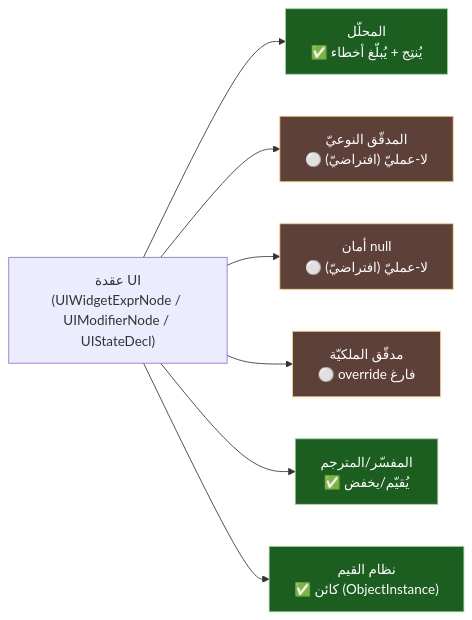
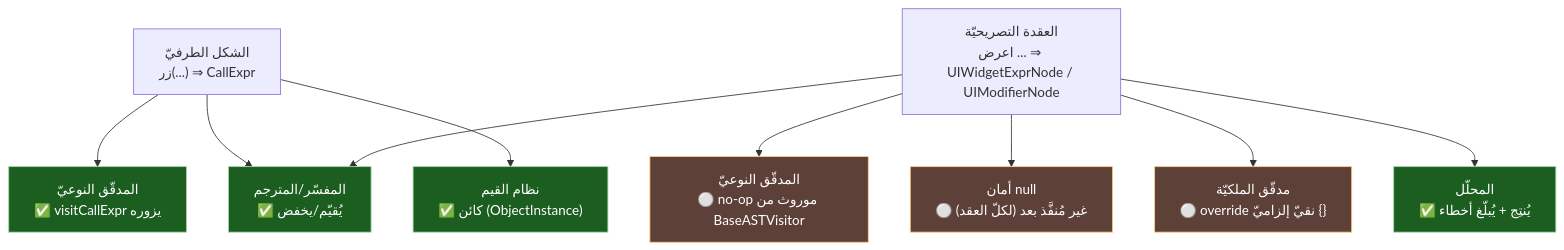
The fifth of 5 diagrams in projects/graphics-sadui/reports/تقرير-مسار-الكود-والالتزام.md (sadlang/sadlang-planning), drawn with Mermaid before and after one commit. The commit also changed other lines of this file, not shown here.

First line of the commit message:
graphics-sadui: مراجعة Amelia لتقرير مسار الكود — تصحيحات دقّة جوهريّة

````diff
--- a/projects/graphics-sadui/reports/تقرير-مسار-الكود-والالتزام.md
+++ b/projects/graphics-sadui/reports/تقرير-مسار-الكود-والالتزام.md
@@ -172,16 +182,19 @@
 ```mermaid
-flowchart LR
-    UINODE["عقدة UI\n(UIWidgetExprNode / UIModifierNode / UIStateDecl)"]
+flowchart TD
+    TERM["الشكل الطرفيّ\nزر(...) ⇒ CallExpr"]
+    DECL["العقدة التصريحيّة\nاعرض ... ⇒ UIWidgetExprNode / UIModifierNode"]
 
-    UINODE --> P["المحلّل\n✅ يُنتِج + يُبلّغ أخطاء"]
-    UINODE --> TC["المدقّق النوعيّ\n⚪ لا-عمليّ (افتراضيّ)"]
-    UINODE --> NS["أمان null\n⚪ لا-عمليّ (افتراضيّ)"]
-    UINODE --> BC["مدقّق الملكيّة\n⚪ override فارغ"]
-    UINODE --> EV["المفسّر/المترجم\n✅ يُقيّم/يخفض"]
-    UINODE --> RTV["نظام القيم\n✅ كائن (ObjectInstance)"]
+    TERM --> TCc["المدقّق النوعيّ\n✅ visitCallExpr يزوره"]
+    DECL --> TCd["المدقّق النوعيّ\n⚪ no-op موروث من BaseASTVisitor"]
+    DECL --> NS["أمان null\n⚪ غير مُنفَّذ بعد (لكلّ العقد)"]
+    DECL --> BC["مدقّق الملكيّة\n⚪ override نقيّ إلزاميّ {}"]
+    DECL --> P["المحلّل\n✅ يُنتِج + يُبلّغ أخطاء"]
+    TERM --> EV["المفسّر/المترجم\n✅ يُقيّم/يخفض"]
+    DECL --> EV
+    TERM --> RTV["نظام القيم\n✅ كائن (ObjectInstance)"]
 
     classDef ok fill:#1b5e20,stroke:#a5d6a7,color:#fff;
     classDef noop fill:#5d4037,stroke:#ffcc80,color:#fff;
-    class P,EV,RTV ok;
-    class TC,NS,BC noop;
+    class P,EV,RTV,TCc ok;
+    class TCd,NS,BC noop;
 ```
````
